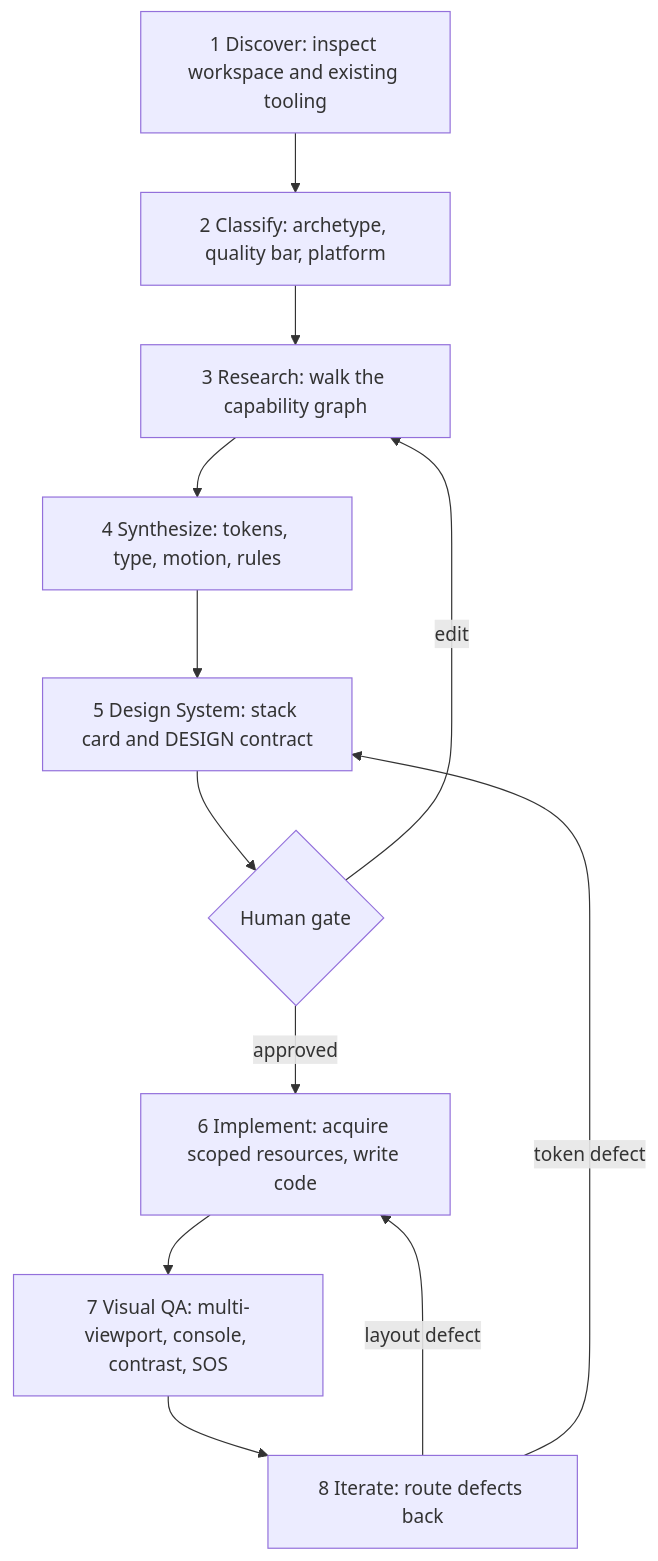
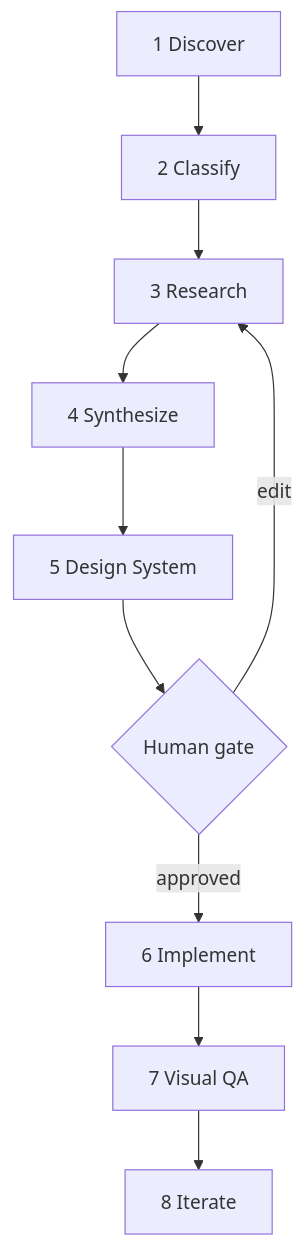
The second of 8 diagrams in README.md (mahik504/orchestra-workflow), drawn with Mermaid before and after one commit. The commit also changed other lines of this file and 148 other files, not shown here.

Commit message:
Orchestra 3.3.0: richer graph, four-host sync, two-stage Design Lab.

````diff
--- a/README.md
+++ b/README.md
@@ -64,18 +54,15 @@
 ```mermaid
 flowchart TD
-  discover[1 Discover: inspect workspace and existing tooling]
-  classify[2 Classify: archetype, quality bar, platform]
-  research[3 Research: walk the capability graph]
-  synth[4 Synthesize: tokens, type, motion, rules]
-  design[5 Design System: stack card and DESIGN contract]
+  discover[1 Discover]
+  classify[2 Classify]
+  research[3 Research]
+  synth[4 Synthesize]
+  design[5 Design System]
   gate{Human gate}
-  implement[6 Implement: acquire scoped resources, write code]
-  qa[7 Visual QA: multi-viewport, console, contrast, SOS]
-  iterate[8 Iterate: route defects back]
-
+  implement[6 Implement]
+  qa[7 Visual QA]
+  iterate[8 Iterate]
   discover --> classify --> research --> synth --> design --> gate
   gate -->|approved| implement --> qa --> iterate
   gate -->|edit| research
-  iterate -->|layout defect| implement
-  iterate -->|token defect| design
 ```
````
